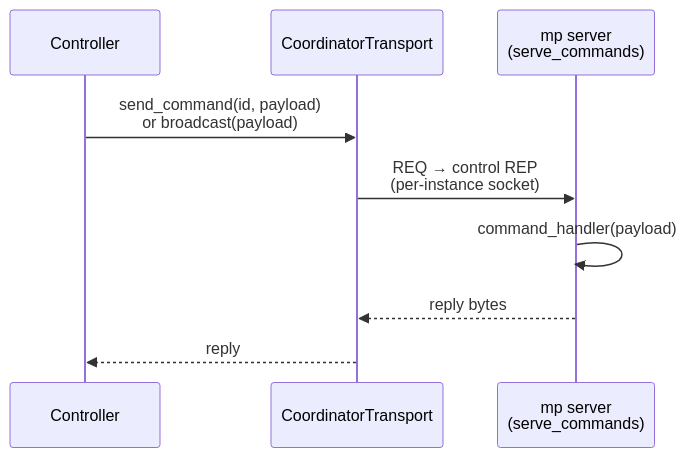
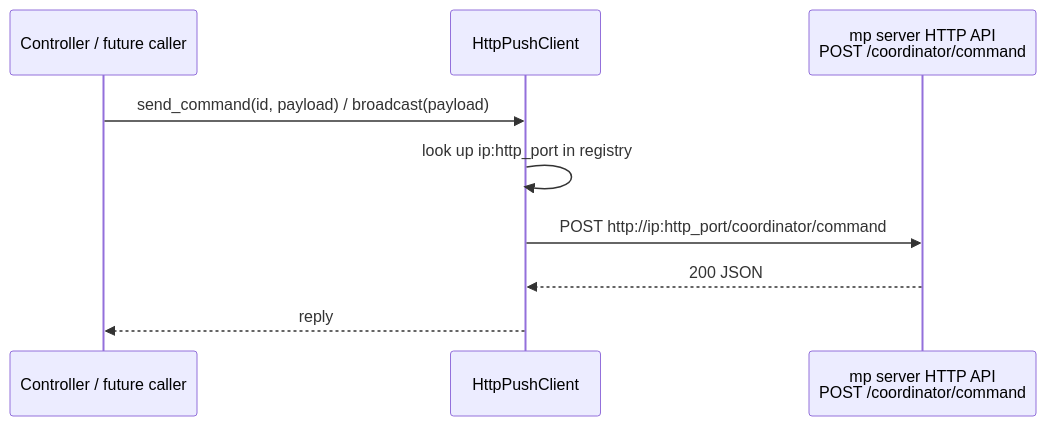
One commit to LMCache/LMCache changed the second of 2 diagrams in docs/design/v1/mp_coordinator/README.md. Above: the diagram before and after it, drawn with Mermaid. The commit also changed other lines of this file and 30 other files, not shown here.

Commit message:
change to http server

````diff
--- a/docs/design/v1/mp_coordinator/README.md
+++ b/docs/design/v1/mp_coordinator/README.md
@@ -140,12 +73,12 @@
 ```mermaid
 sequenceDiagram
-    participant Ctl as Controller
-    participant T as CoordinatorTransport
-    participant C as mp server<br/>(serve_commands)
+    participant Ctl as Controller / future caller
+    participant P as HttpPushClient
+    participant M as mp server HTTP API<br/>POST /coordinator/command
 
-    Ctl->>T: send_command(id, payload)<br/>or broadcast(payload)
-    T->>C: REQ → control REP<br/>(per-instance socket)
-    C->>C: command_handler(payload)
-    C-->>T: reply bytes
-    T-->>Ctl: reply
+    Ctl->>P: send_command(id, payload) / broadcast(payload)
+    P->>P: look up ip:http_port in registry
+    P->>M: POST http://ip:http_port/coordinator/command
+    M-->>P: 200 JSON
+    P-->>Ctl: reply
 ```
````
